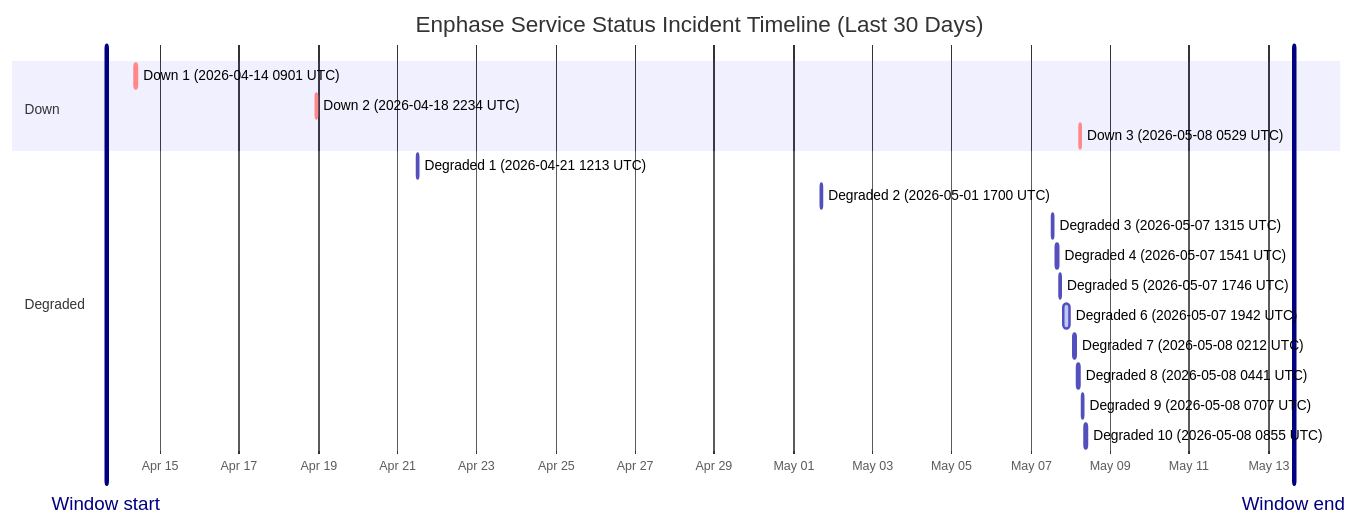
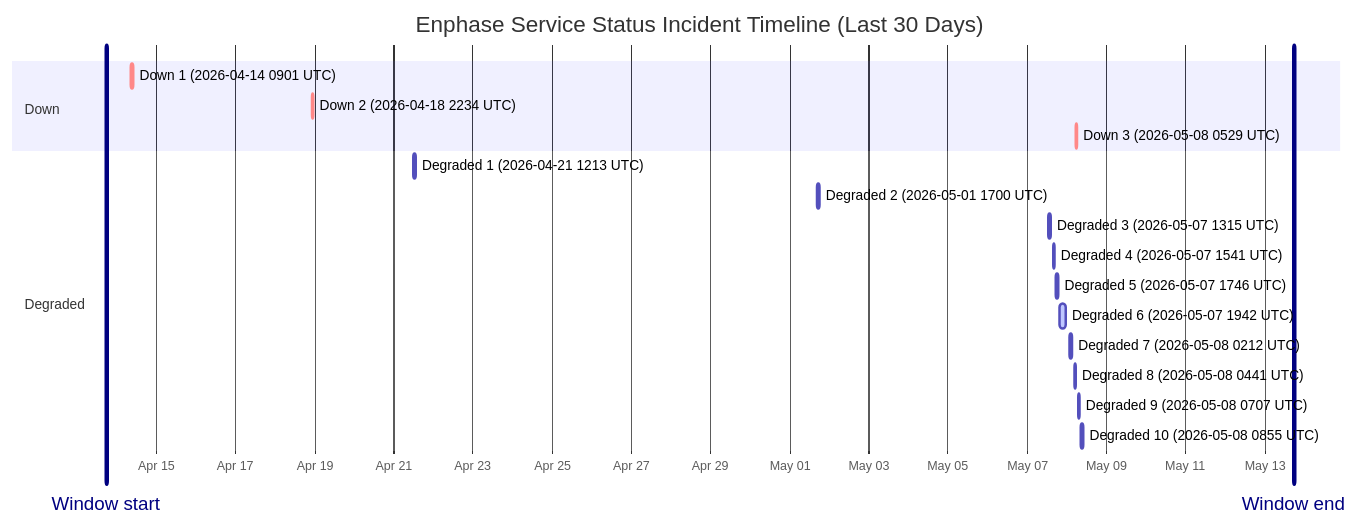
The diagram in wiki/Service-Status-History.md (barneyonline/ha-enphase-ev-charger), drawn with Mermaid before and after one commit. The commit also changed other lines of this file and 3 other files, not shown here.

````diff
--- a/wiki/Service-Status-History.md
+++ b/wiki/Service-Status-History.md
@@ -14,23 +14,23 @@
 ```mermaid
 gantt
     title Enphase Service Status Incident Timeline (Last 30 Days)
     dateFormat  YYYY-MM-DDTHH:mm:ss
     axisFormat  %b %d
-    Window start :vert, window-start, 2026-04-13T15:26:06, 0ms
-    Window end :vert, window-end, 2026-05-13T15:26:06, 0ms
+    Window start :vert, window-start, 2026-04-13T17:34:51, 0ms
+    Window end :vert, window-end, 2026-05-13T17:34:51, 0ms
     section Down
     Down 1 (2026-04-14 0901 UTC) :crit, down-1, 2026-04-14T09:01:13, 60m
     Down 2 (2026-04-18 2234 UTC) :crit, down-2, 2026-04-18T22:34:13, 60m
     Down 3 (2026-05-08 0529 UTC) :crit, down-3, 2026-05-08T05:29:47, 60m
     section Degraded
     Degraded 1 (2026-04-21 1213 UTC) :active, degraded-1, 2026-04-21T12:13:11, 60m
     Degraded 2 (2026-05-01 1700 UTC) :active, degraded-2, 2026-05-01T17:00:22, 60m
     Degraded 3 (2026-05-07 1315 UTC) :active, degraded-3, 2026-05-07T13:15:25, 60m
     Degraded 4 (2026-05-07 1541 UTC) :active, degraded-4, 2026-05-07T15:41:58, 60m
     Degraded 5 (2026-05-07 1746 UTC) :active, degraded-5, 2026-05-07T17:46:51, 60m
     Degraded 6 (2026-05-07 1942 UTC) :active, degraded-6, 2026-05-07T19:42:10, 249m
     Degraded 7 (2026-05-08 0212 UTC) :active, degraded-7, 2026-05-08T02:12:39, 60m
     Degraded 8 (2026-05-08 0441 UTC) :active, degraded-8, 2026-05-08T04:41:46, 60m
     Degraded 9 (2026-05-08 0707 UTC) :active, degraded-9, 2026-05-08T07:07:30, 60m
     Degraded 10 (2026-05-08 0855 UTC) :active, degraded-10, 2026-05-08T08:55:20, 88m
 ```
````
